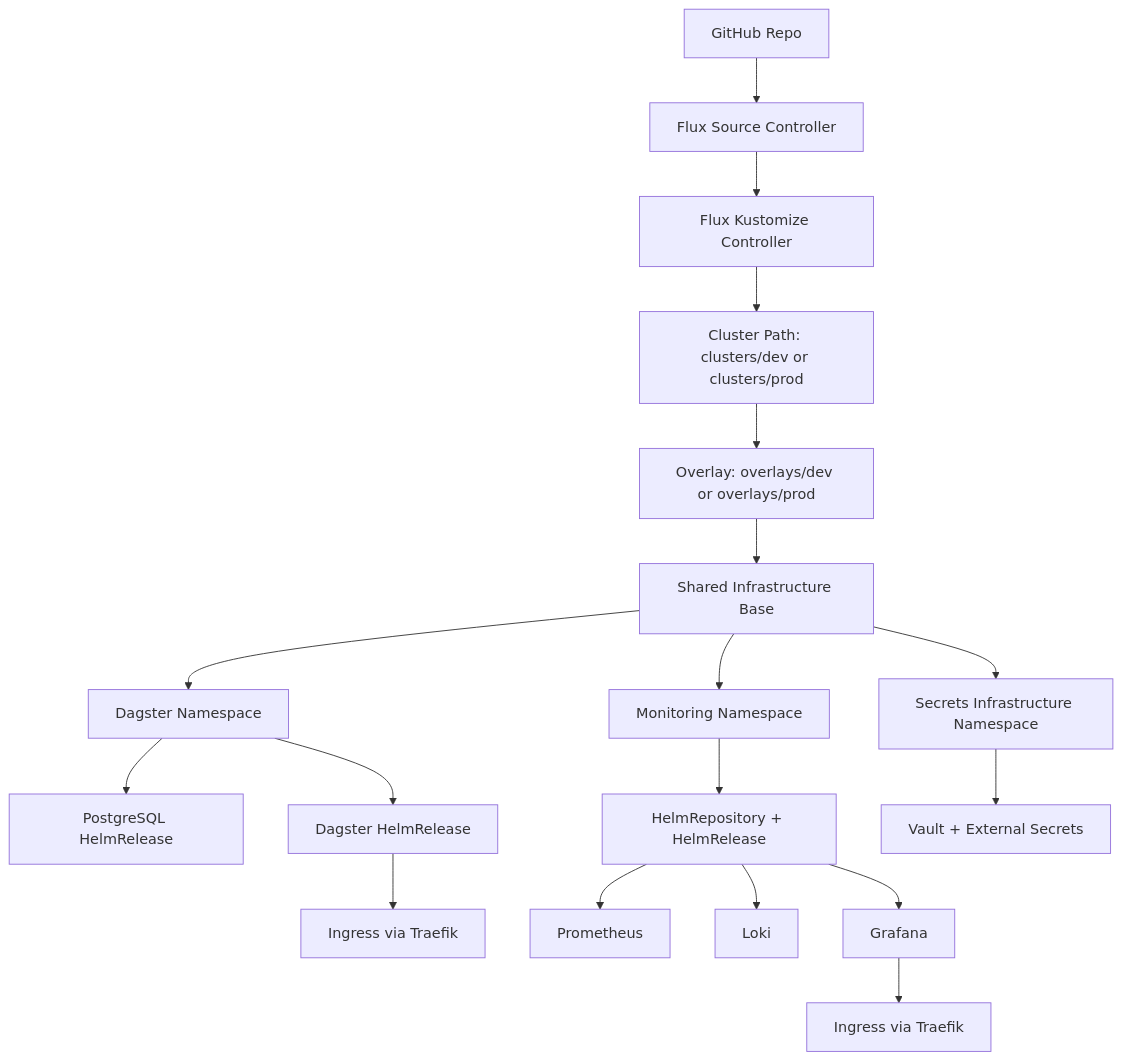
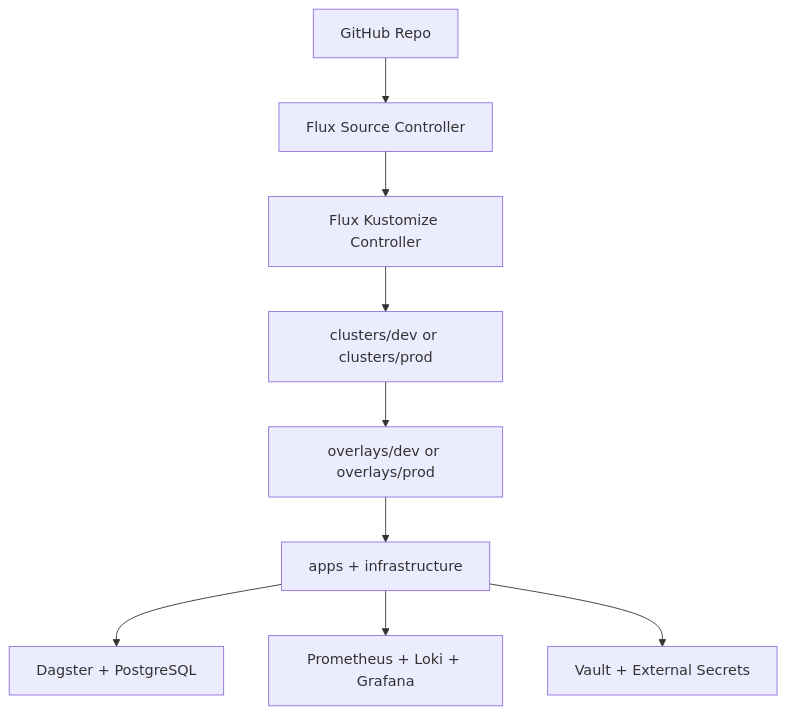
Before and after one commit to jamesoost/fluxcd-demo: the diagram in README.md, drawn with Mermaid. The commit also changed other lines of this file and 7 other files, not shown here.

````diff
--- a/README.md
+++ b/README.md
@@ -32,20 +37,11 @@
 ```mermaid
 flowchart TD
     A[GitHub Repo] --> B[Flux Source Controller]
     B --> C[Flux Kustomize Controller]
-    C --> D[Cluster Path: clusters/dev or clusters/prod]
-    D --> E[Overlay: overlays/dev or overlays/prod]
-    E --> F[Shared Infrastructure Base]
-    F --> G[Dagster Namespace]
-    F --> H[Monitoring Namespace]
-    F --> I[Secrets Infrastructure Namespace]
-    G --> J[PostgreSQL HelmRelease]
-    G --> K[Dagster HelmRelease]
-    K --> L[Ingress via Traefik]
-    H --> M[HelmRepository + HelmRelease]
-    M --> N[Prometheus]
-    M --> O[Loki]
-    M --> P[Grafana]
-    P --> Q[Ingress via Traefik]
-    I --> R[Vault + External Secrets]
+    C --> D[clusters/dev or clusters/prod]
+    D --> E[overlays/dev or overlays/prod]
+    E --> F[apps + infrastructure]
+    F --> G[Dagster + PostgreSQL]
+    F --> H[Prometheus + Loki + Grafana]
+    F --> I[Vault + External Secrets]
 ```
````
